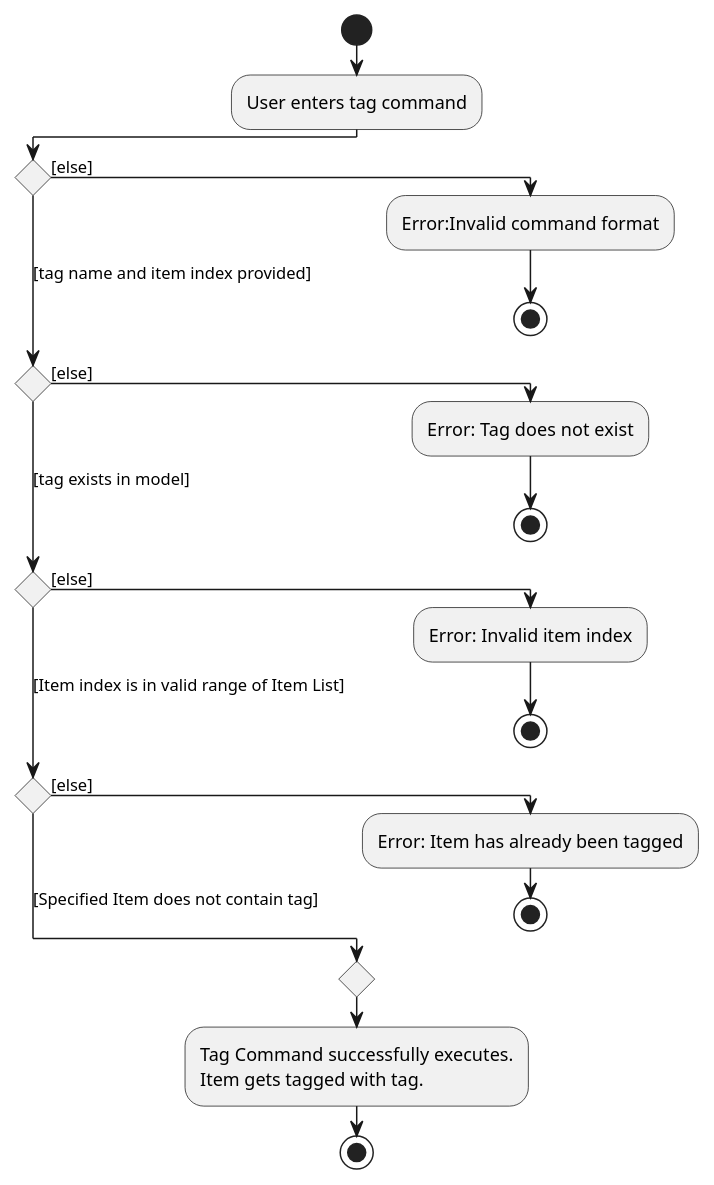
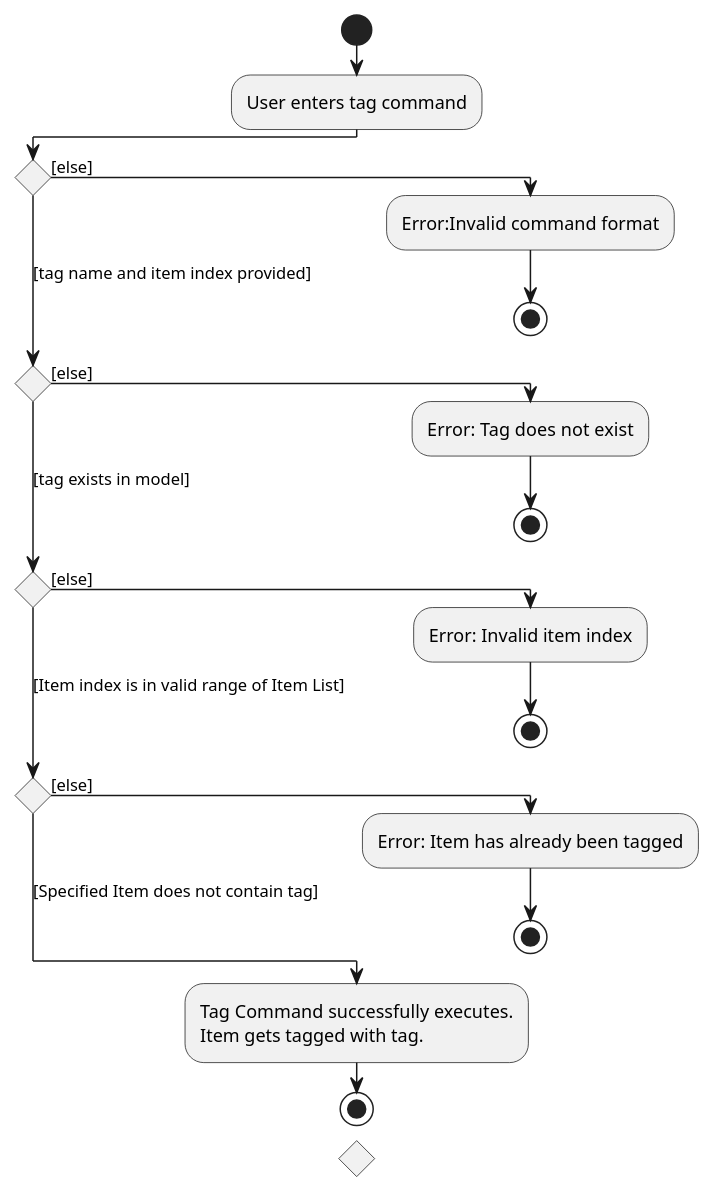
Before and after one commit to nus-cs2103-AY2223S1/tp: the diagram in docs/diagrams/TagItemActivityDiagram.puml, drawn with PlantUML. The commit also changed 7 other files, not shown here.

Commit message:
Fix activity diagram

```diff
--- a/docs/diagrams/TagItemActivityDiagram.puml
+++ b/docs/diagrams/TagItemActivityDiagram.puml
@@ -1,23 +1,22 @@
 @startuml
 !pragma useVerticalIf on
 start
 :User enters tag command;
 if () then ([else])
   :Error:Invalid command format;
   stop
 ([tag name and item index provided]) elseif () then ([else])
   :Error: Tag does not exist;
   stop
 ([tag exists in model]) elseif () then ([else])
   :Error: Invalid item index;
   stop
 ([Item index is in valid range of Item List])elseif () then ([else])
   :Error: Item has already been tagged;
    stop
  else ([Specified Item does not contain tag])
-endif
   :Tag Command successfully executes.
 Item gets tagged with tag.;
 stop
 
 @enduml
```
